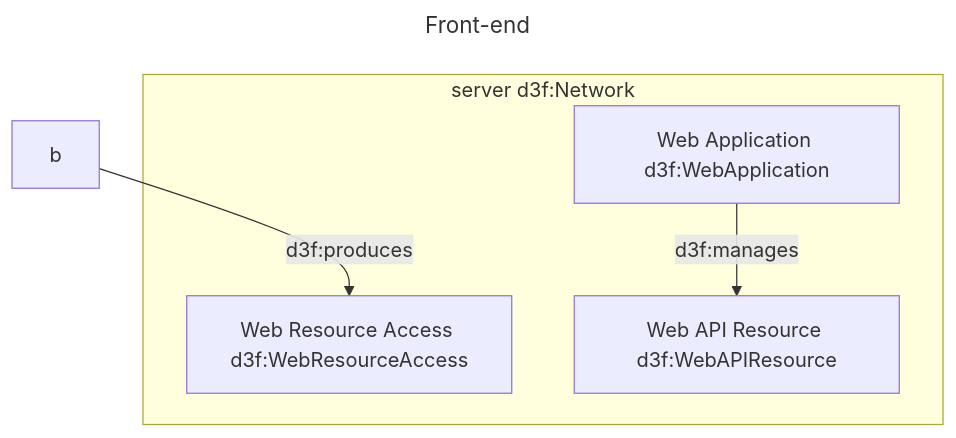
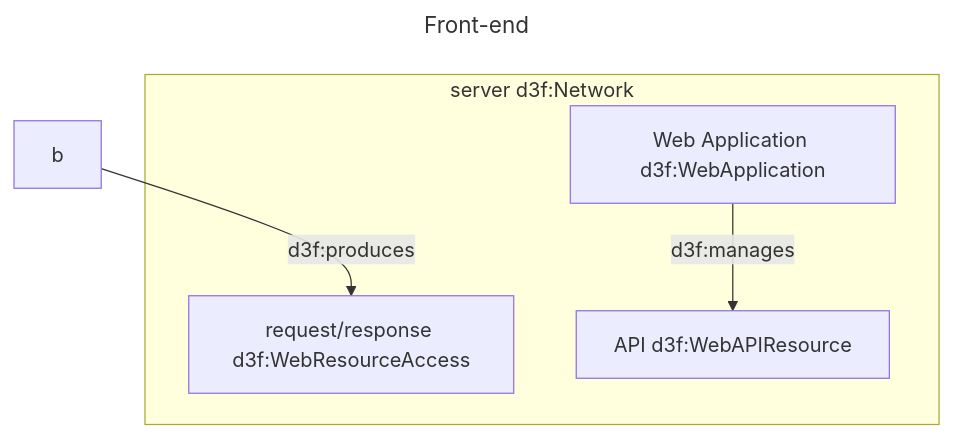
One commit to ioggstream/d3sign changed the second of 6 diagrams in app/src/data/examples/002-webapp.md. Above: the diagram before and after it, drawn with Mermaid. The commit also changed 1 other file, not shown here.

Commit message:
Update graphs.

````diff
--- a/app/src/data/examples/002-webapp.md
+++ b/app/src/data/examples/002-webapp.md
@@ -26,17 +26,17 @@
 ```mermaid
 ---
 id: fe
 title: Front-end
 ---
 graph
 
 subgraph server [server d3f:Network]
-request[Web Resource Access d3f:WebResourceAccess]
+request[request/response d3f:WebResourceAccess]
 a[Web Application d3f:WebApplication]
-api[Web API Resource d3f:WebAPIResource]
+api[API d3f:WebAPIResource]
 end
 
 b -->|d3f:produces| request
 %% request -->|d3f:accesses| api
 a -->|d3f:manages| api
 ```
````
